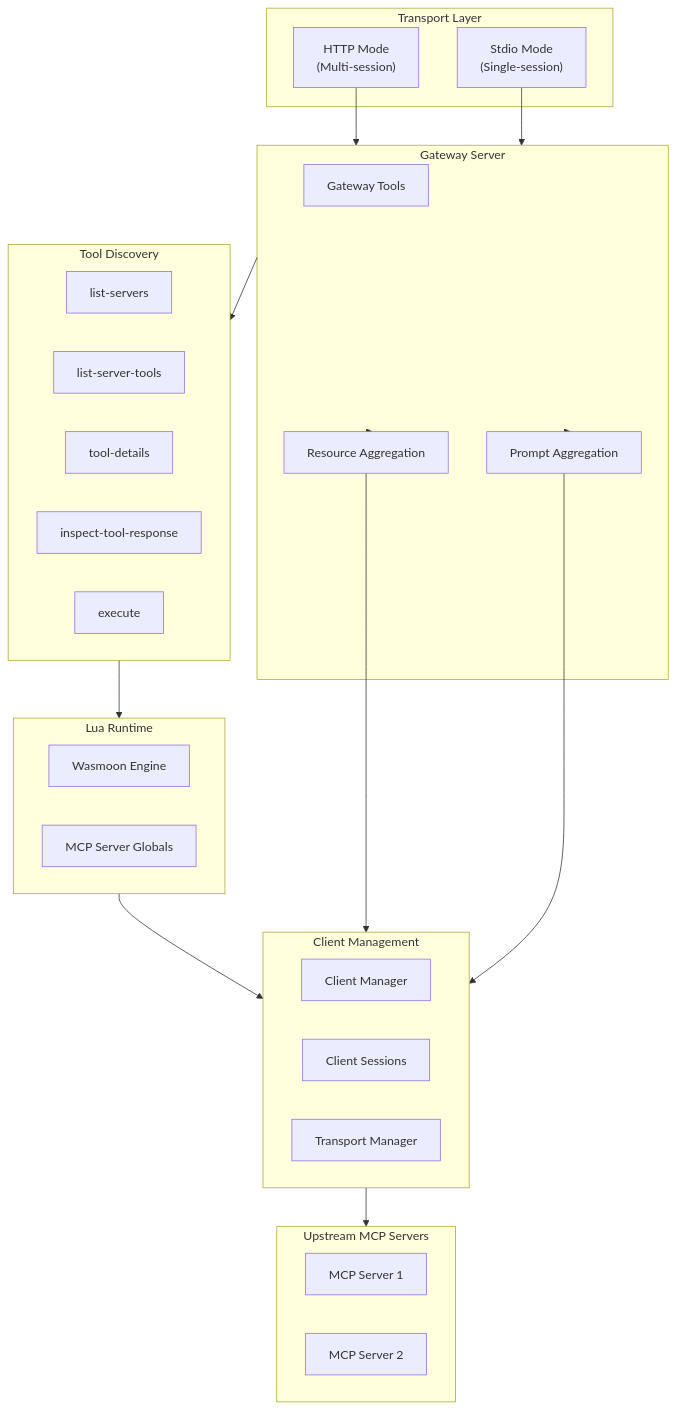
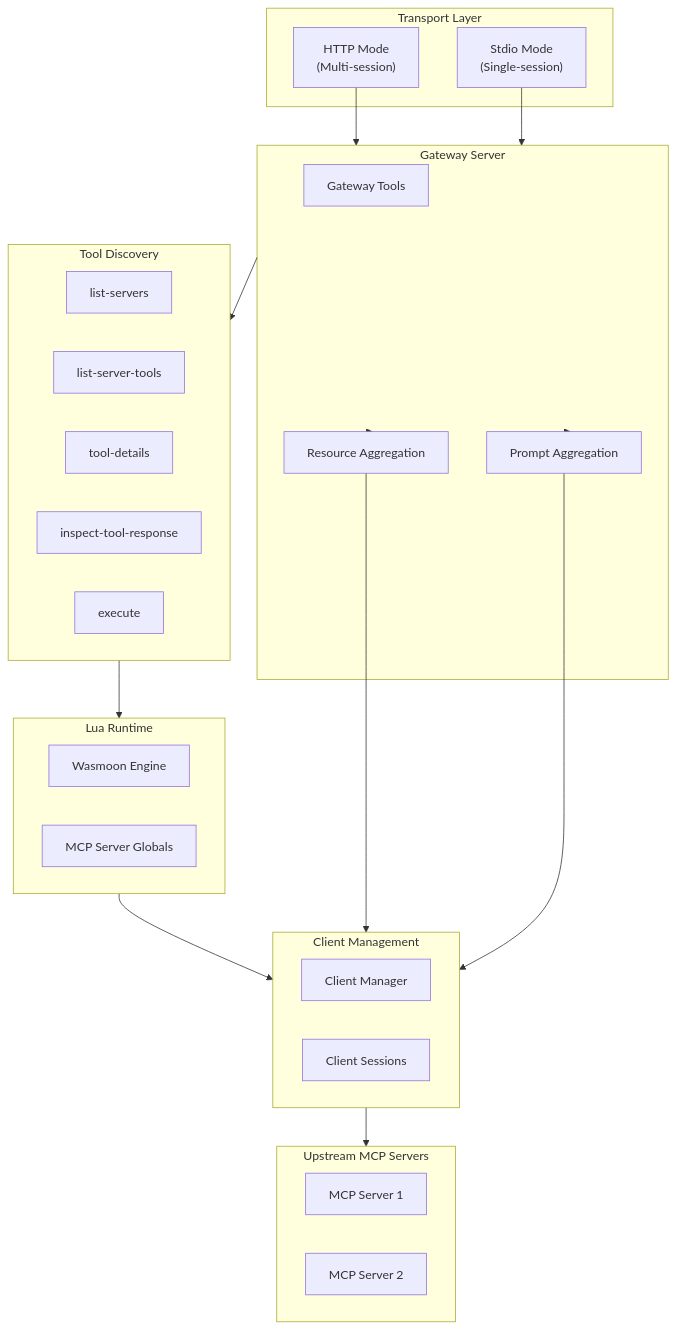
One commit to karashiiro/my-cool-proxy changed the second of 3 diagrams in docs/design/index.md. Above: the diagram before and after it, drawn with Mermaid. The commit also changed other lines of this file and 3 other files, not shown here.

````diff
--- a/docs/design/index.md
+++ b/docs/design/index.md
@@ -56,48 +56,47 @@
 ```mermaid
 flowchart TB
     subgraph Transport["Transport Layer"]
         HTTP["HTTP Mode<br/>(Multi-session)"]
         Stdio["Stdio Mode<br/>(Single-session)"]
     end
 
     subgraph Gateway["Gateway Server"]
         Tools["Gateway Tools"]
         ResourceAgg["Resource Aggregation"]
         PromptAgg["Prompt Aggregation"]
     end
 
     subgraph Discovery["Tool Discovery"]
         ListServers["list-servers"]
         ListTools["list-server-tools"]
         ToolDetails["tool-details"]
         Inspect["inspect-tool-response"]
         Execute["execute"]
     end
 
     subgraph Runtime["Lua Runtime"]
         Wasmoon["Wasmoon Engine"]
         ServerGlobals["MCP Server Globals"]
     end
 
     subgraph Clients["Client Management"]
         ClientManager["Client Manager"]
         ClientSession["Client Sessions"]
-        TransportMgr["Transport Manager"]
     end
 
     subgraph Upstream["Upstream MCP Servers"]
         MCP1["MCP Server 1"]
         MCP2["MCP Server 2"]
     end
 
     HTTP --> Gateway
     Stdio --> Gateway
     Gateway --> Discovery
     Discovery --> Runtime
     Runtime --> Clients
     Clients --> Upstream
     Gateway --> ResourceAgg
     Gateway --> PromptAgg
     ResourceAgg --> Clients
     PromptAgg --> Clients
 ```
````
